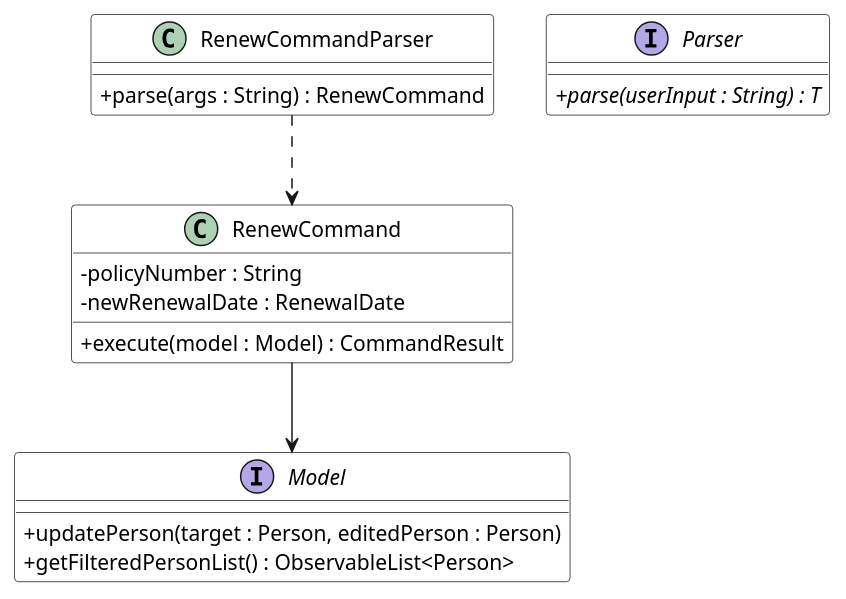
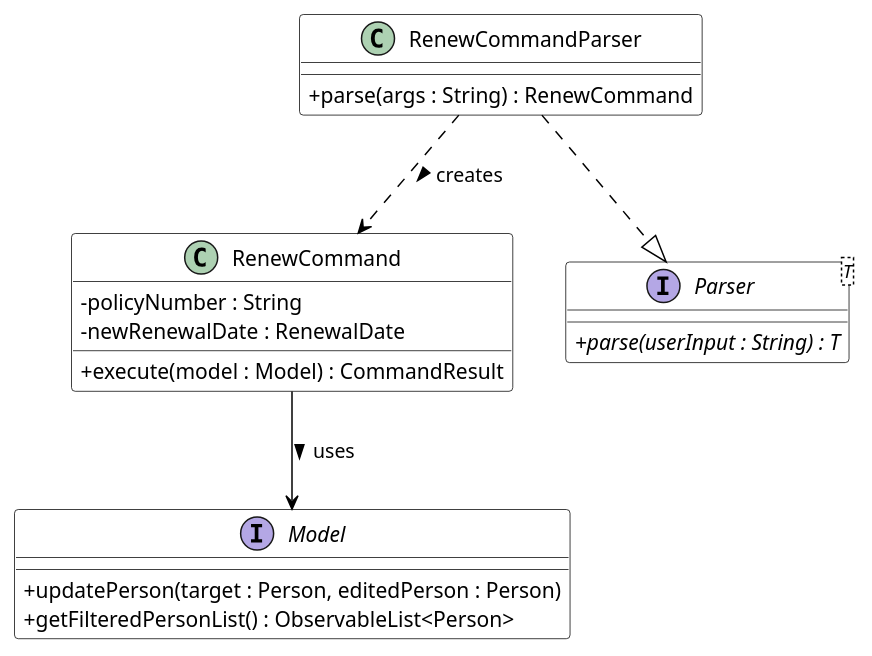
The diagram in docs/diagrams/RenewCommandClassDiagram.puml (nathtiekk/tp), drawn with PlantUML before and after one commit. The commit also changed 1 other file, not shown here.

Commit message:
Fix UML diagrams to fit conventions

```diff
--- a/docs/diagrams/RenewCommandClassDiagram.puml
+++ b/docs/diagrams/RenewCommandClassDiagram.puml
@@ -1,26 +1,29 @@
 @startuml
 skinparam classAttributeIconSize 0
 skinparam classBackgroundColor LOGIC_COLOR
+skinparam ArrowColor BLACK
+skinparam ClassBorderColor BLACK
 
 class RenewCommand {
     - policyNumber : String
     - newRenewalDate : RenewalDate
     + execute(model : Model) : CommandResult
 }
 
 class RenewCommandParser {
     + parse(args : String) : RenewCommand
 }
 
-interface Parser {
+interface Parser<T> {
     + {abstract} parse(userInput : String) : T
 }
 
 interface Model {
     + updatePerson(target : Person, editedPerson : Person)
     + getFilteredPersonList() : ObservableList<Person>
 }
 
-RenewCommandParser ..> RenewCommand
-RenewCommand --> Model
+RenewCommandParser ..|> Parser
+RenewCommandParser ..> RenewCommand : creates >
+RenewCommand --> Model : uses >
 @enduml
```
